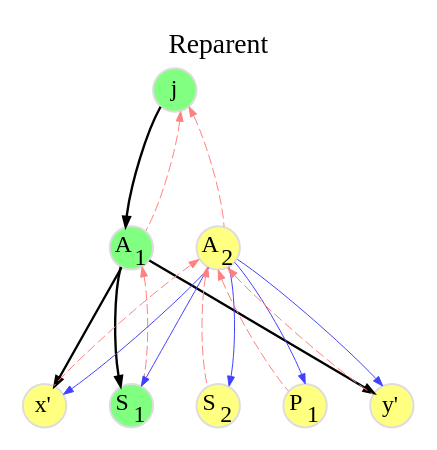
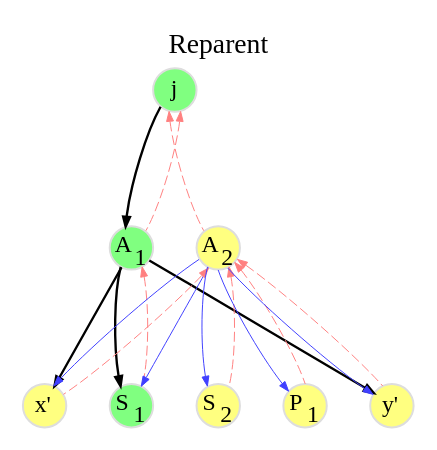
Before and after one commit to flatcap/dparted: the diagram in docs/rcu/add/a5.gv, drawn with Graphviz. The commit also changed 10 other files, not shown here.

```diff
--- a/docs/rcu/add/a5.gv
+++ b/docs/rcu/add/a5.gv
@@ -1,61 +1,89 @@
 digraph add {
 	graph [
 		rankdir="TB"
 		bgcolor="white"
 		color="white"
 		nodesep="0.3"
 		ranksep="0.8"
 		labelloc="t"
 		label="Reparent"
 	];
 
 	node [
 		fontsize="12"
 		style="filled"
 		width="0.3"
 		height="0.3"
 		fixedsize="true"
 		penwidth="1.0"
 		color="#DDDDDD"
-		fillcolor="#80ff80"
 	];
 
 	edge [
 		penwidth="0.5"
 		color="#000000"
 		arrowsize="0.5"
 	];
 
 
-	E_j  [ label=<j>                                 ];
-	E_a1 [ label=<A<SUB>1</SUB>>                     ];
-	E_x  [ label=<x'>            fillcolor="#ffff80" ];
-	E_s1 [ label=<S<SUB>1</SUB>>                     ];
-	E_s2 [ label=<S<SUB>2</SUB>> fillcolor="#ffff80" ];
-	E_p1 [ label=<P<SUB>1</SUB>> fillcolor="#ffff80" ];
-	E_y  [ label=<y'>            fillcolor="#ffff80" ];
-	E_a2 [ label=<A<SUB>2</SUB>> fillcolor="#ffff80" ];
+	node [	// original
+		fillcolor="#80ff80"
+	];
 
-	E_j  -> E_a1 [ penwidth=1.2 ];
-	E_a1 -> E_x  [ penwidth=1.2 ];
-	E_a1 -> E_s1 [ penwidth=1.2 ];
-	E_a1 -> E_y  [ penwidth=1.2 ];
-	E_j  -> E_a2 [ style=invis ];
+	E_j  [ label=<j>             ];
+	E_a1 [ label=<A<SUB>1</SUB>> ];
+	E_s1 [ label=<S<SUB>1</SUB>> ];
 
-	E_j  -> E_a1 [ dir=back color="#ff8080" style=dashed ];
-	E_j  -> E_a2 [ dir=back color="#ff8080" style=dashed ];
-	E_a2 -> E_x  [ dir=back color="#ff8080" style=dashed ];
-	E_a1 -> E_s1 [ dir=back color="#ff8080" style=dashed ];
-	E_a2 -> E_s2 [ dir=back color="#ff8080" style=dashed ];
-	E_a2 -> E_p1 [ dir=back color="#ff8080" style=dashed ];
-	E_a2 -> E_y  [ dir=back color="#ff8080" style=dashed ];
+	node [	// changed
+		fillcolor="#ffff80"
+	];
 
-	E_a2 -> E_x  [ color="#4040ff" ];
-	E_a2 -> E_s1 [ color="#4040ff" ];
-	E_a2 -> E_s2 [ color="#4040ff" ];
-	E_a2 -> E_p1 [ color="#4040ff" ];
-	E_a2 -> E_y  [ color="#4040ff" ];
+	E_x  [ label=<x'>            ];
+	E_s2 [ label=<S<SUB>2</SUB>> ];
+	E_p1 [ label=<P<SUB>1</SUB>> ];
+	E_y  [ label=<y'>            ];
+	E_a2 [ label=<A<SUB>2</SUB>> ];
 
-	E_x -> E_s1 -> E_s2 -> E_p1 -> E_y [ style=invis ];
+	edge [	// main line
+		penwidth=1.2;
+	];
+
+	E_j  -> E_a1;
+	E_a1 -> E_x;
+	E_a1 -> E_s1;
+	E_a1 -> E_y;
+
+	edge [	// copy
+		penwidth=0.5;
+		color="#4040ff";
+	];
+
+	E_a2 -> E_x;
+	E_a2 -> E_s1;
+	E_a2 -> E_s2;
+	E_a2 -> E_p1;
+	E_a2 -> E_y;
+
+	edge [	// parent
+		dir=back;
+		penwidth=0.5;
+		color="#ff8080";
+		style=dashed;
+	];
+
+	E_j  -> E_a1;
+	E_j  -> E_a2;
+	E_a2 -> E_x;
+	E_a1 -> E_s1;
+	E_a2 -> E_s2;
+	E_a2 -> E_p1;
+	E_a2 -> E_y;
+
+	edge [	// invisible
+		style=invis;
+	];
+
+	E_j -> E_a2;
+	E_x -> E_s1 -> E_s2 -> E_p1 -> E_y;
 	{ rank=same E_x E_s1 E_s2 E_p1 E_y };
 }
```
